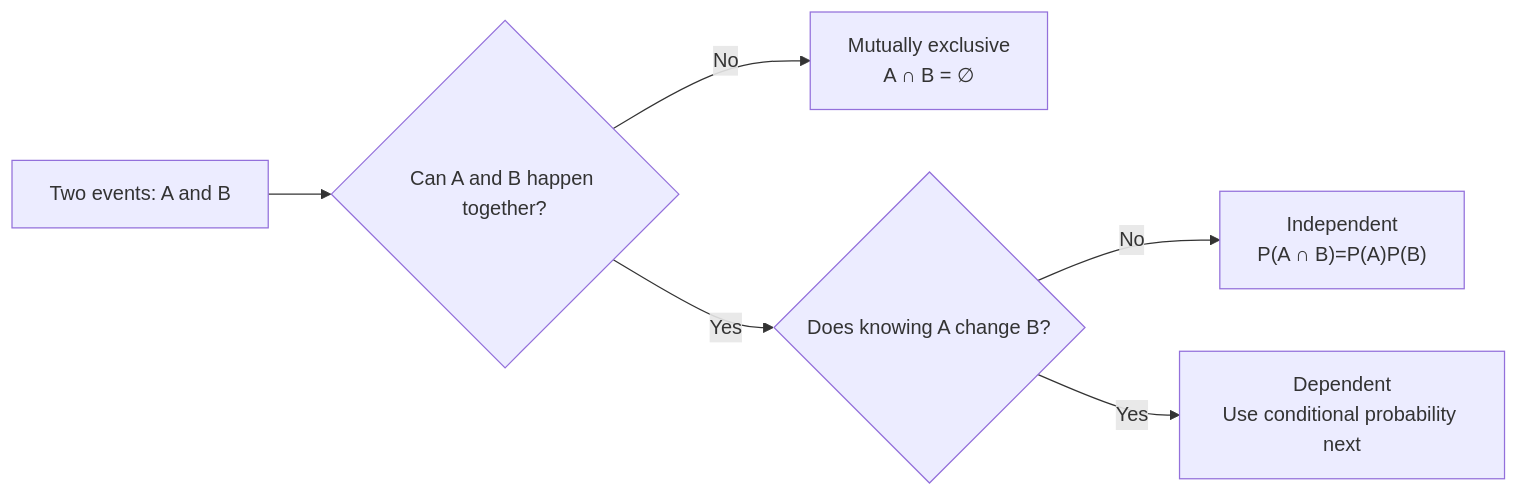
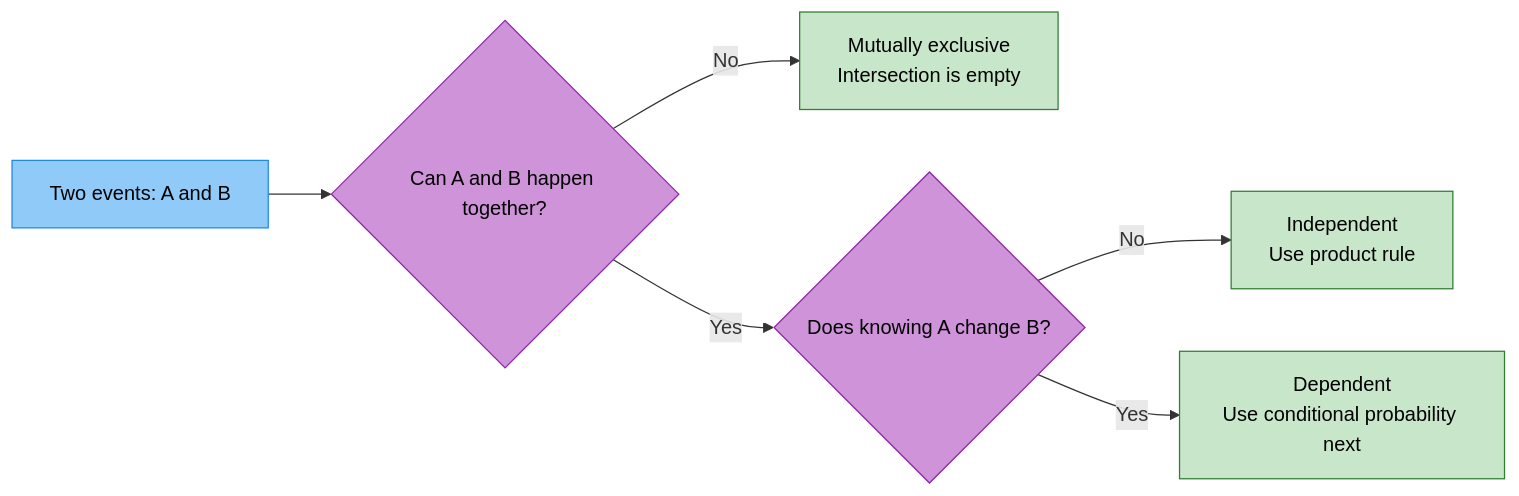
One commit to arshadhs/arshadhs.github.io changed the diagram in content/docs/ai/statistics/01_Basic_Probability.md. Above: the diagram before and after it, drawn with Mermaid. The commit also changed other lines of this file, not shown here.

```diff
--- a/content/docs/ai/statistics/01_Basic_Probability.md
+++ b/content/docs/ai/statistics/01_Basic_Probability.md
@@ -297,8 +314,17 @@
 {{< mermaid >}}
 flowchart LR
-  A["Two events: A and B"] --> B{"Can A and B happen together?"}
-  B -->|No| C["Mutually exclusive\nA ∩ B = ∅"]
-  B -->|Yes| D{"Does knowing A change B?"}
-  D -->|No| E["Independent\nP(A ∩ B)=P(A)P(B)"]
-  D -->|Yes| F["Dependent\nUse conditional probability next"]
+A["Two events: A and B"] --> B{"Can A and B happen together?"}
+B -->|No| C["Mutually exclusive<br/>Intersection is empty"]
+B -->|Yes| D{"Does knowing A change B?"}
+D -->|No| E["Independent<br/>Use product rule"]
+D -->|Yes| F["Dependent<br/>Use conditional probability next"]
+
+style A fill:#90CAF9,stroke:#1E88E5,color:#000
+
+style B fill:#CE93D8,stroke:#8E24AA,color:#000
+style D fill:#CE93D8,stroke:#8E24AA,color:#000
+
+style C fill:#C8E6C9,stroke:#2E7D32,color:#000
+style E fill:#C8E6C9,stroke:#2E7D32,color:#000
+style F fill:#C8E6C9,stroke:#2E7D32,color:#000
 {{< /mermaid >}}
```
